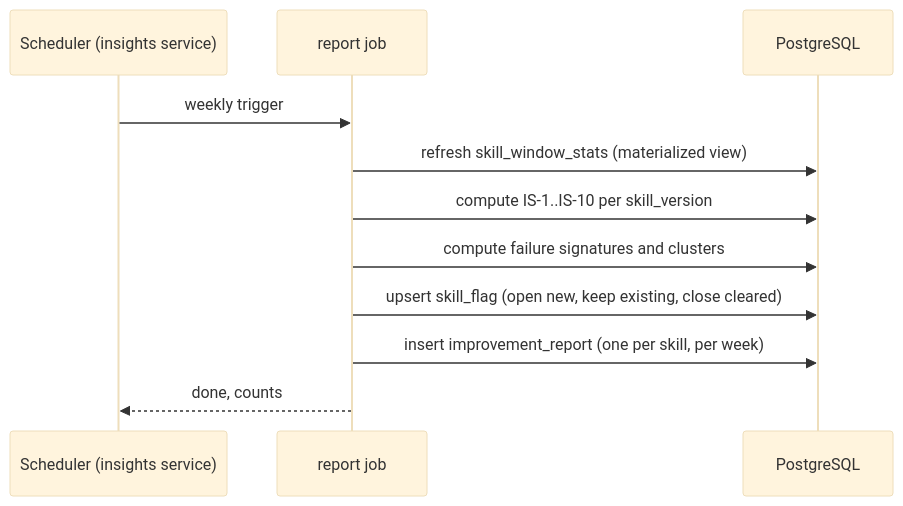
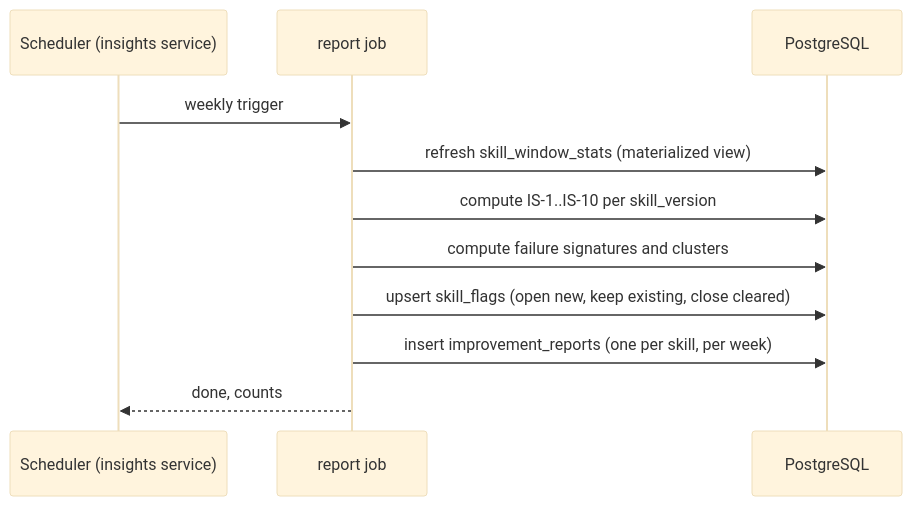
The second of 6 diagrams in docs/design/SDD-11-improvement-loop.md (puneetsinghnanda/AI-Skill-Library), drawn with Mermaid (base theme) before and after one commit. The commit also changed other lines of this file and 30 other files, not shown here.

````diff
--- a/docs/design/SDD-11-improvement-loop.md
+++ b/docs/design/SDD-11-improvement-loop.md
@@ -115,13 +115,13 @@
 ```mermaid
 sequenceDiagram
   participant SCH as Scheduler (insights service)
   participant J as report job
   participant DB as PostgreSQL
   SCH->>J: weekly trigger
   J->>DB: refresh skill_window_stats (materialized view)
   J->>DB: compute IS-1..IS-10 per skill_version
   J->>DB: compute failure signatures and clusters
-  J->>DB: upsert skill_flag (open new, keep existing, close cleared)
-  J->>DB: insert improvement_report (one per skill, per week)
+  J->>DB: upsert skill_flags (open new, keep existing, close cleared)
+  J->>DB: insert improvement_reports (one per skill, per week)
   J-->>SCH: done, counts
 ```
````
